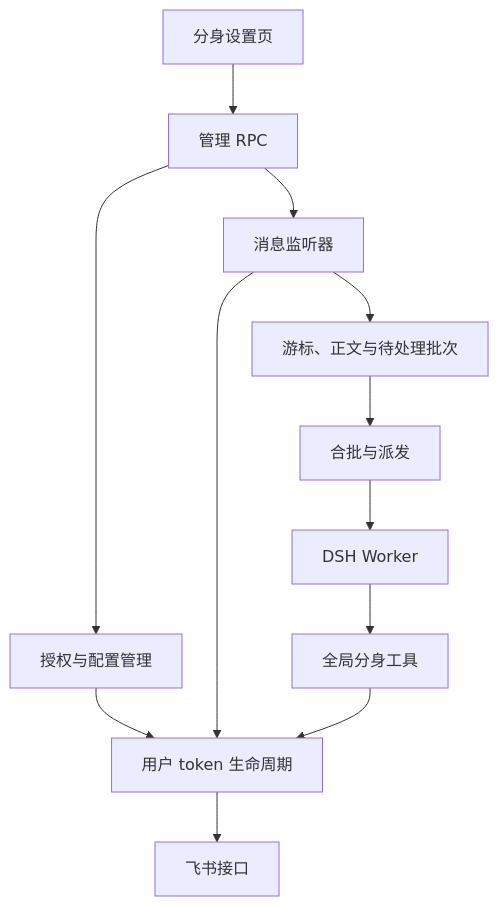
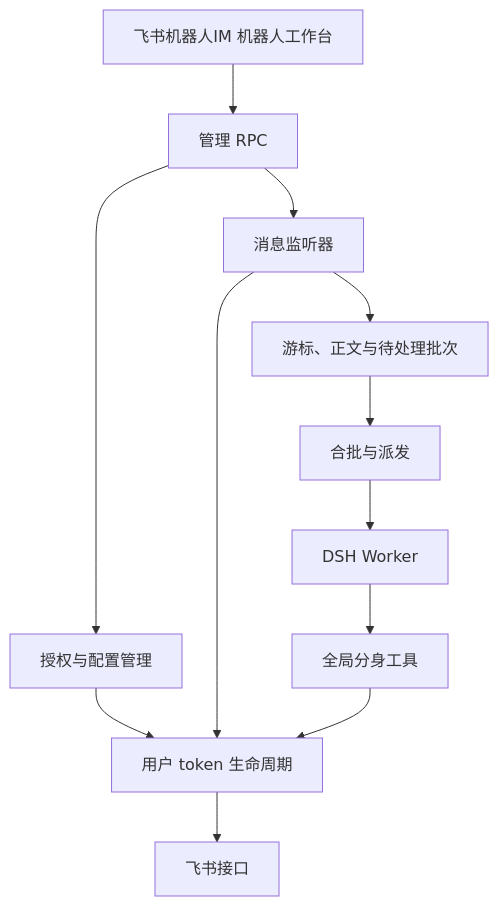
The diagram in docs/user-identity-architecture.md (czwjss/feishu-bot-im), drawn with Mermaid before and after one commit. The commit also changed other lines of this file and 127 other files, not shown here.

````diff
--- a/docs/user-identity-architecture.md
+++ b/docs/user-identity-architecture.md
@@ -9,14 +9,14 @@
 ```mermaid
 flowchart TB
-  UI["分身设置页"] --> RPC["管理 RPC"]
+  UI["飞书机器人IM 机器人工作台"] --> RPC["管理 RPC"]
   RPC --> Identity["授权与配置管理"]
   RPC --> Monitor["消息监听器"]
   Identity --> Auth["用户 token 生命周期"]
   Monitor --> Auth
   Monitor --> Store["游标、正文与待处理批次"]
   Store --> Dispatch["合批与派发"]
   Dispatch --> Worker["DSH Worker"]
   Worker --> Tools["全局分身工具"]
   Tools --> Auth
   Auth --> Feishu["飞书接口"]
 ```
````
